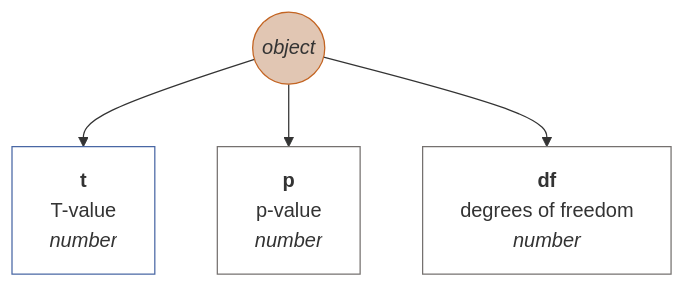
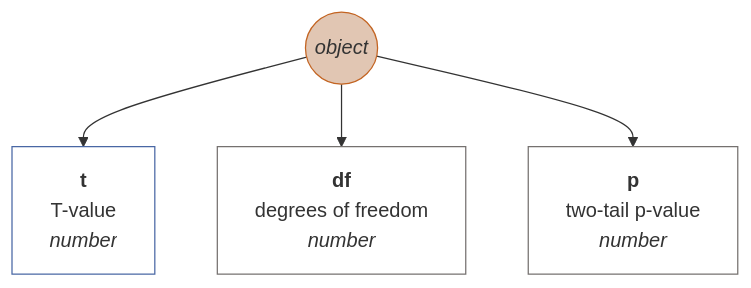
Diagram 37 of 45 in docs/en-GB.md (muzikp/retusa), drawn with Mermaid before and after one commit. The commit also changed other lines of this file and 9 other files, not shown here.

````diff
--- a/docs/en-GB.md
+++ b/docs/en-GB.md
@@ -1422,16 +1482,16 @@
 ```mermaid
 graph TD
 ttestind((<i>object</i>))
 style ttestind fill:#E1C6B3;
 style ttestind stroke:#C36422;
 ttestind --> t[<b>t</b><br>T-value <br><i>number</i>]
 style t fill:#FFFFFF;
 style t stroke:#4967A4;
-ttestind --> p[<b>p</b><br>p-value <br><i>number</i>]
-style p fill:#FFFFFF;
-style p stroke:#75716F;
 ttestind --> df[<b>df</b><br>degrees of freedom <br><i>number</i>]
 style df fill:#FFFFFF;
 style df stroke:#75716F;
+ttestind --> p[<b>p</b><br>two-tail p-value <br><i>number</i>]
+style p fill:#FFFFFF;
+style p stroke:#75716F;
 
 ```
````
